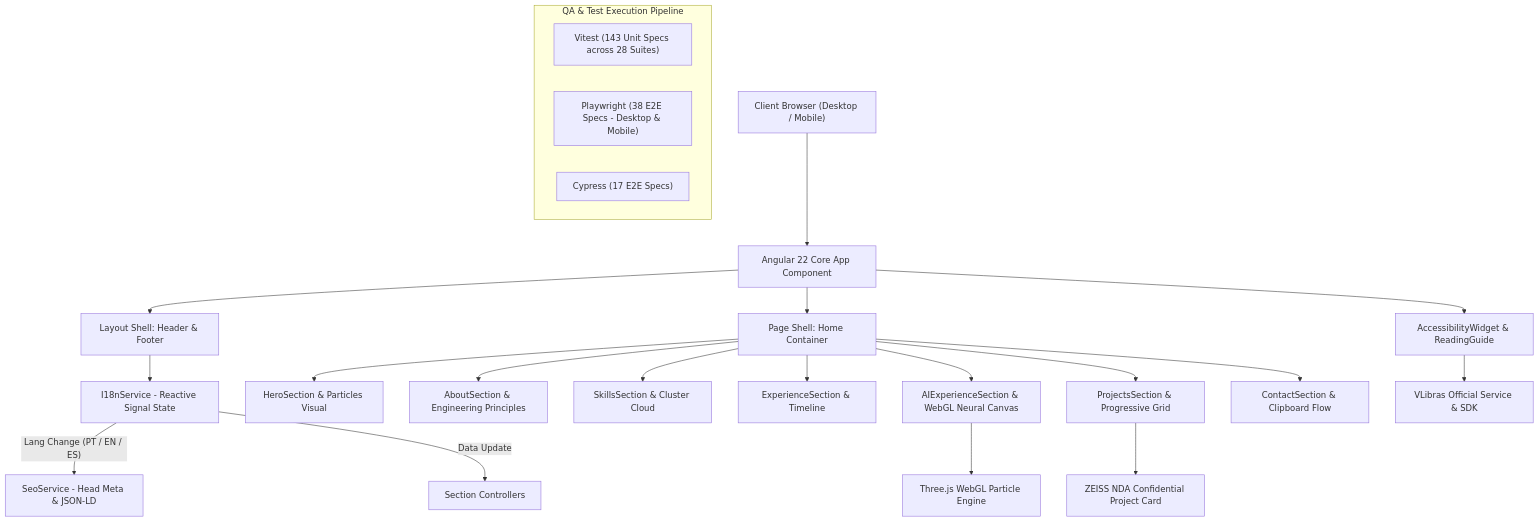
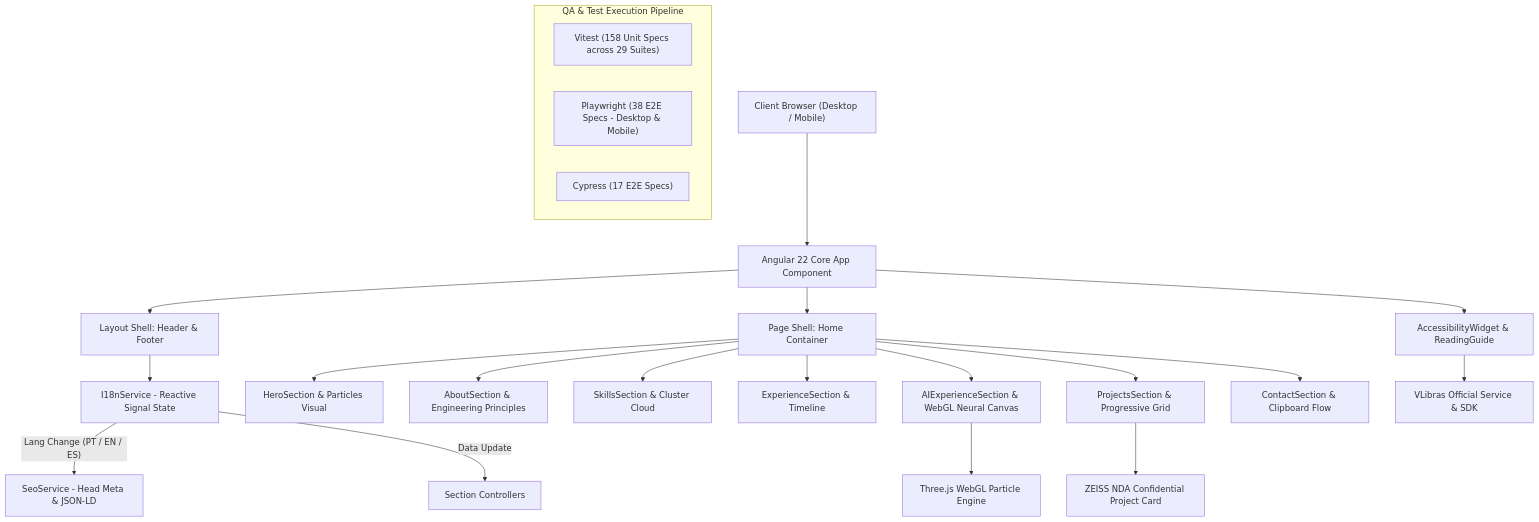
The first of 2 diagrams in README.md (DevYuriVieira/portfolio), drawn with Mermaid before and after one commit. The commit also changed other lines of this file, not shown here.

Commit message:
docs: synchronize all test metrics and badges to 158 Vitest and 213 total tests

````diff
--- a/README.md
+++ b/README.md
@@ -180,30 +180,30 @@
 ```mermaid
 flowchart TD
     A["Client Browser (Desktop / Mobile)"] --> B["Angular 22 Core App Component"]
     
     B --> C["Layout Shell: Header & Footer"]
     B --> D["Page Shell: Home Container"]
     
     C --> E["I18nService - Reactive Signal State"]
     E -- "Lang Change (PT / EN / ES)" --> F["SeoService - Head Meta & JSON-LD"]
     E -- "Data Update" --> G["Section Controllers"]
     
     D --> H1["HeroSection & Particles Visual"]
     D --> H2["AboutSection & Engineering Principles"]
     D --> H3["SkillsSection & Cluster Cloud"]
     D --> H4["ExperienceSection & Timeline"]
     D --> H5["AIExperienceSection & WebGL Neural Canvas"]
     D --> H6["ProjectsSection & Progressive Grid"]
     D --> H7["ContactSection & Clipboard Flow"]
     
     H5 --> I["Three.js WebGL Particle Engine"]
     H6 --> J["ZEISS NDA Confidential Project Card"]
     B --> A11y["AccessibilityWidget & ReadingGuide"]
     A11y --> VLibras["VLibras Official Service & SDK"]
     
     subgraph "QA & Test Execution Pipeline"
-        K1["Vitest (143 Unit Specs across 28 Suites)"]
+        K1["Vitest (158 Unit Specs across 29 Suites)"]
         K2["Playwright (38 E2E Specs - Desktop & Mobile)"]
         K3["Cypress (17 E2E Specs)"]
     end
 ```
````
